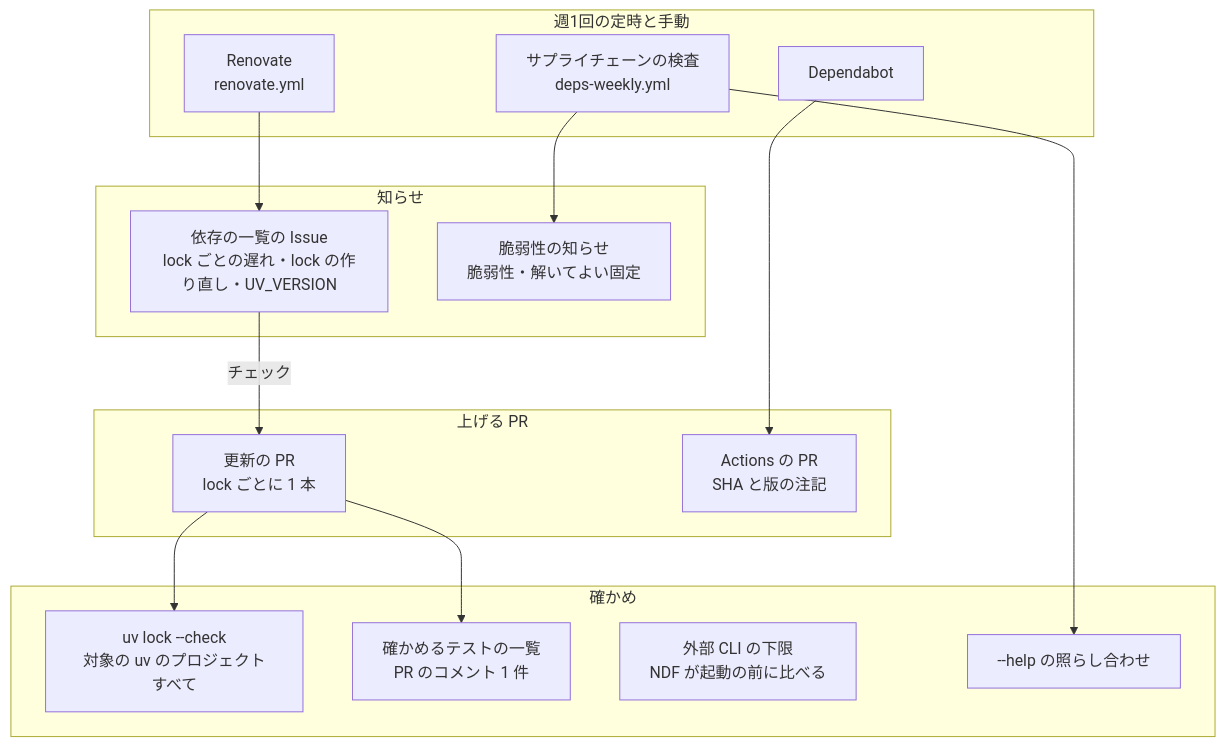
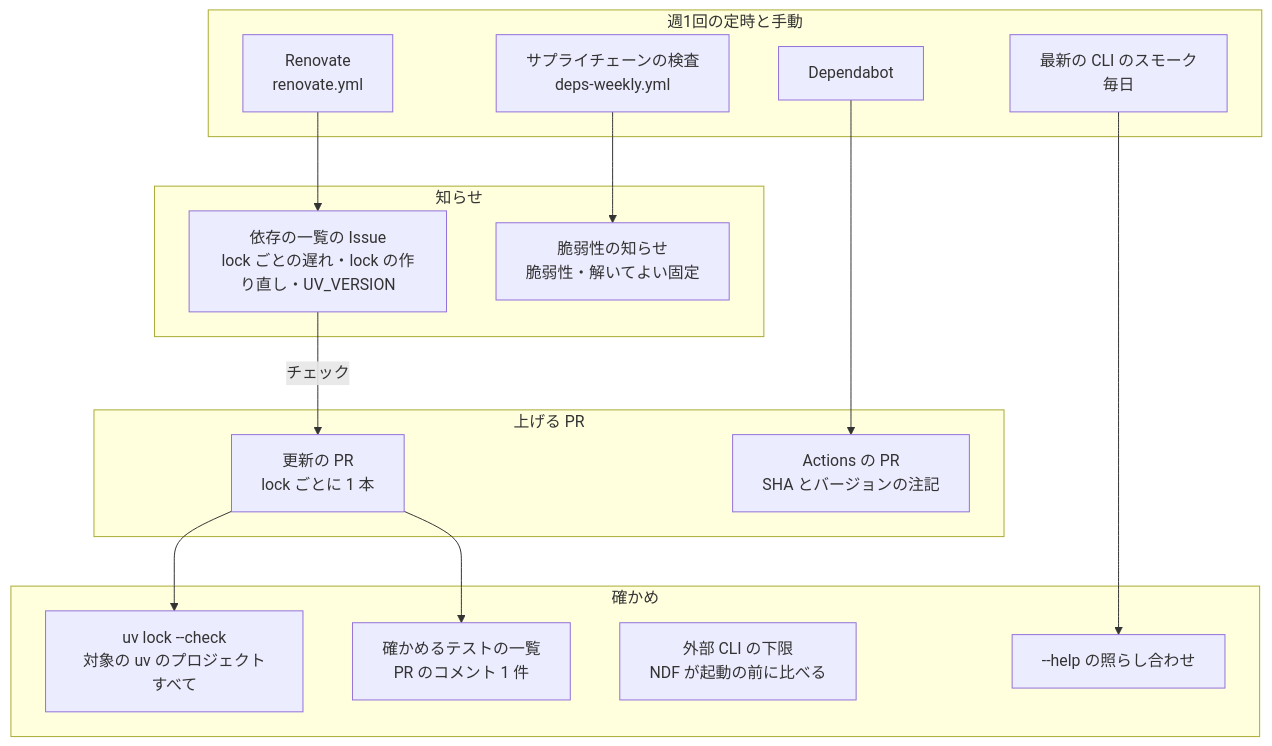
The second of 4 diagrams in issues/issue-3370-3691-design.md (devbasex/ai-plugins), drawn with Mermaid before and after one commit. The commit also changed other lines of this file, not shown here.

Commit message:
Docs: #3370 #3691 の解き方の全体像を、--help の照らし合わせの置き場の変更に合わせる
Claude-Session: https://claude.ai/code/session_01MLNyzXqWttfbStbusTp6UB

````diff
--- a/issues/issue-3370-3691-design.md
+++ b/issues/issue-3370-3691-design.md
@@ -51,28 +51,29 @@
 ```mermaid
 graph TD
     subgraph 週1回の定時と手動
         R[Renovate<br/>renovate.yml]
         W[サプライチェーンの検査<br/>deps-weekly.yml]
         DB[Dependabot]
+        SM[最新の CLI のスモーク<br/>毎日]
     end
     subgraph 知らせ
         I1[依存の一覧の Issue<br/>lock ごとの遅れ・lock の作り直し・UV_VERSION]
         I2[脆弱性の知らせ<br/>脆弱性・解いてよい固定]
     end
     subgraph 上げる PR
         U[更新の PR<br/>lock ごとに 1 本]
-        A[Actions の PR<br/>SHA と版の注記]
+        A[Actions の PR<br/>SHA とバージョンの注記]
     end
     subgraph 確かめ
         C[uv lock --check<br/>対象の uv のプロジェクトすべて]
         T[確かめるテストの一覧<br/>PR のコメント 1 件]
         F[外部 CLI の下限<br/>NDF が起動の前に比べる]
         H[--help の照らし合わせ]
     end
     R --> I1 -->|チェック| U
     W --> I2
-    W --> H
+    SM --> H
     DB --> A
     U --> C
     U --> T
 ```
````
